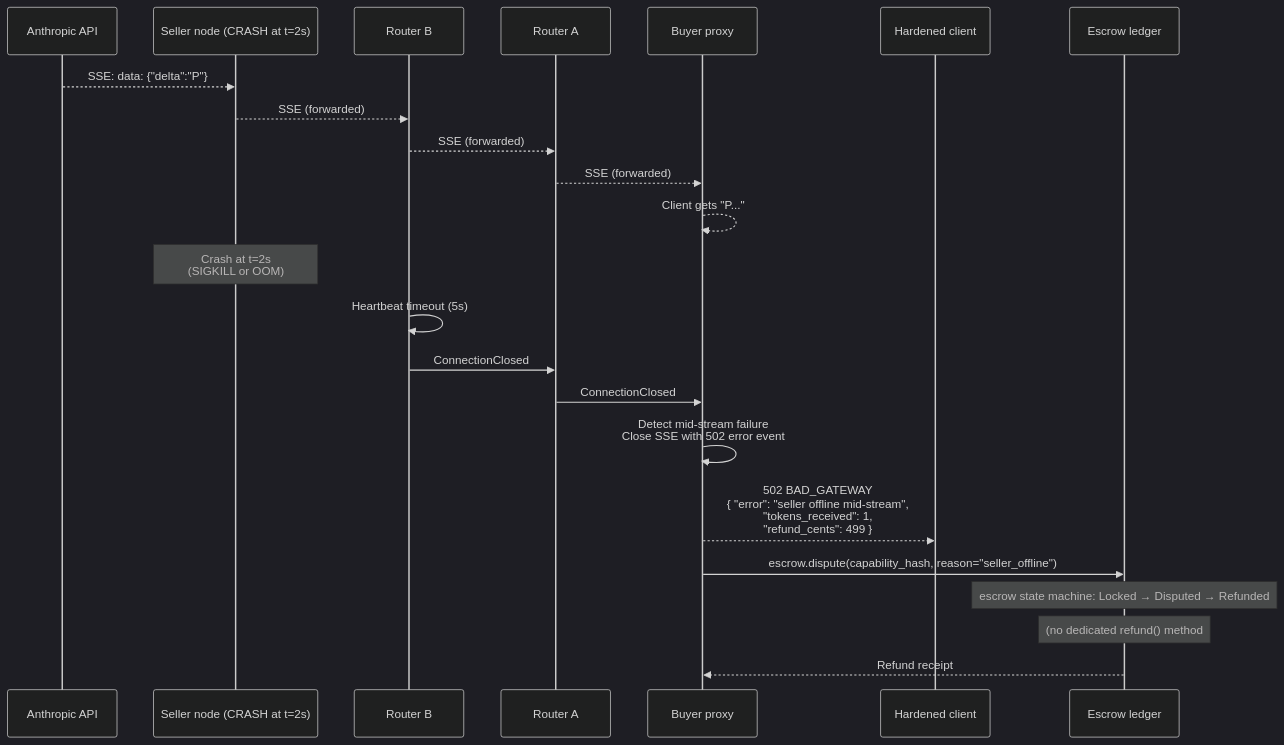
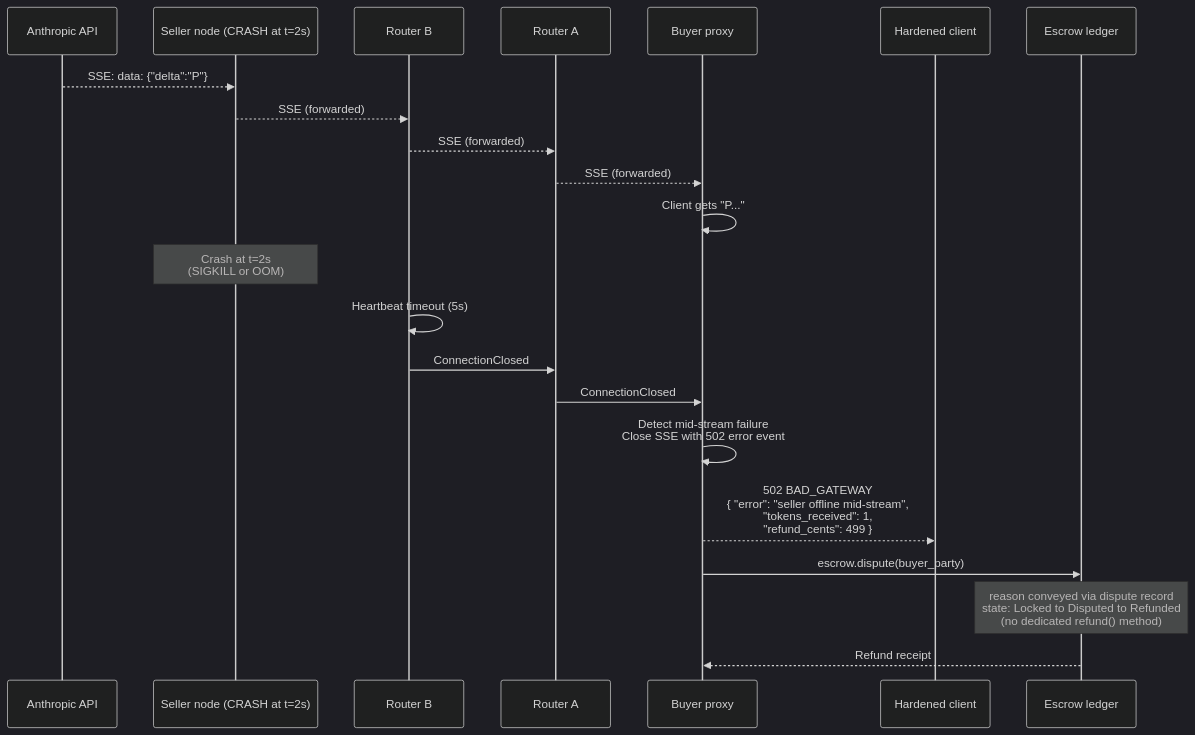
Before and after one commit to CipherOcto/cipherocto: diagram 12 of 14 in docs/architecture/end-to-end-scenarios.md, drawn with Mermaid (dark theme). The commit also changed other lines of this file, not shown here.

````diff
--- a/docs/architecture/end-to-end-scenarios.md
+++ b/docs/architecture/end-to-end-scenarios.md
@@ -520,28 +522,27 @@
 ```mermaid
 sequenceDiagram
     participant ANT as Anthropic API
     participant SN as Seller node (CRASH at t=2s)
     participant P2 as Router B
     participant P1 as Router A
     participant P0 as Buyer proxy
     participant C as Hardened client
     participant E as Escrow ledger
 
     ANT-->>SN: SSE: data: {"delta":"P"}
     SN-->>P2: SSE (forwarded)
     P2-->>P1: SSE (forwarded)
     P1-->>P0: SSE (forwarded)
-    P0-->>P0: Client gets "P..."
+    P0->>P0: Client gets "P..."
 
     Note over SN: Crash at t=2s<br/>(SIGKILL or OOM)
 
     P2->>P2: Heartbeat timeout (5s)
     P2->>P1: ConnectionClosed
     P1->>P0: ConnectionClosed
     P0->>P0: Detect mid-stream failure<br/>Close SSE with 502 error event
     P0-->>C: 502 BAD_GATEWAY<br/>{ "error": "seller offline mid-stream",<br/>  "tokens_received": 1,<br/>  "refund_cents": 499 }
-    P0->>E: escrow.dispute(capability_hash, reason="seller_offline")
-    Note over E: escrow state machine: Locked → Disputed → Refunded
-    Note over E: (no dedicated refund() method;
+    P0->>E: escrow.dispute(buyer_party)
+    Note over E: reason conveyed via dispute record<br/>state: Locked to Disputed to Refunded<br/>(no dedicated refund() method)
     E-->>P0: Refund receipt
 ```
````
